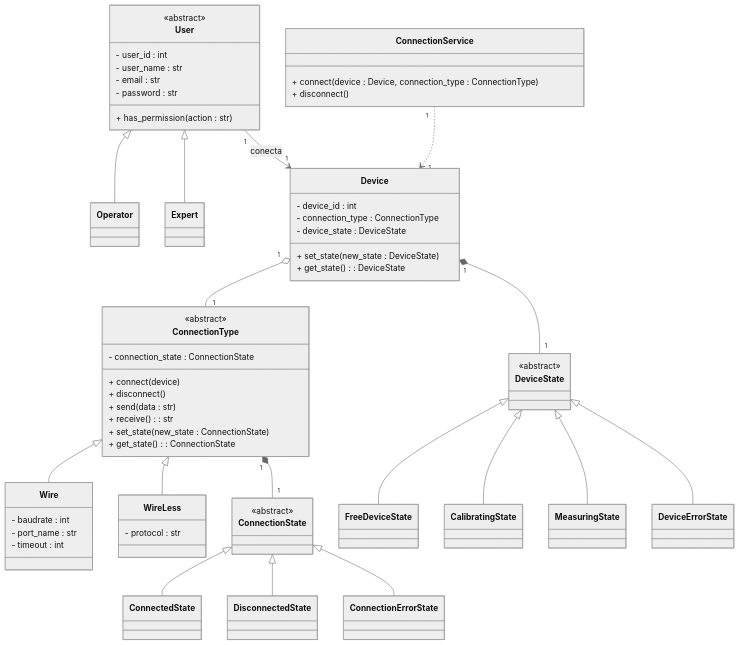
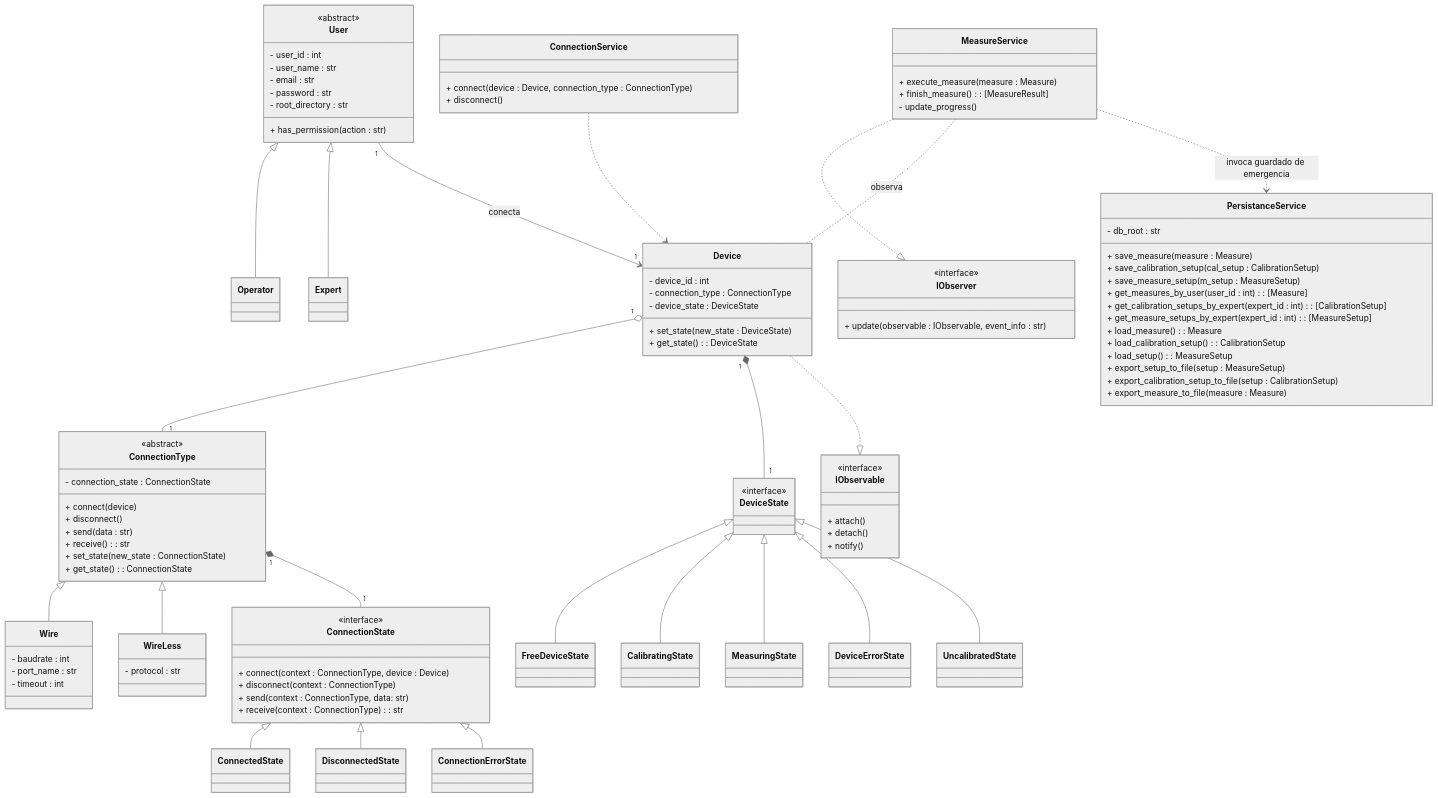
Before and after one commit to alegrelias/Repo-GMini: the second of 6 diagrams in Gmini-MarkDown/Clases Conceptuales.md, drawn with Mermaid (neutral theme). The commit also changed other lines of this file and 3 other files, not shown here.

````diff
--- a/Gmini-MarkDown/Clases Conceptuales.md
+++ b/Gmini-MarkDown/Clases Conceptuales.md
@@ -202,6 +243,7 @@
 DeviceState <|-- CalibratingState
 DeviceState <|-- MeasuringState
 DeviceState <|-- DeviceErrorState
+DeviceState <|-- UncalibratedState
 
 ConnectionState <|-- ConnectedState
 ConnectionState <|-- DisconnectedState
@@ -229,19 +271,19 @@
 }
 
 class User {
-        <<abstract>>
-        - user_id : int
-        - user_name : str
-        - email : str
-        - password : str
-        + has_permission(action : str)
-    }
-    
+	<<abstract>>
+	- user_id : int
+	- user_name : str
+	- email : str
+	- password : str
+	- root_directory : str
+	+ has_permission(action : str)
+}
+
 class Operator{
 
 }
 class Expert{
-
 }
 
 class Device{
@@ -252,25 +294,70 @@
 	+ get_state() : DeviceState
 }
 
-class ConnectionService{
-	+ connect(device : Device, connection_type : ConnectionType)
-	+ disconnect()
-}
+%% state patern
+	
+class ConnectionState{
+		<<interface>>
+		+ connect(context : ConnectionType, device : Device)
+		+ disconnect(context : ConnectionType)
+		+ send(context : ConnectionType, data: str)
+		+ receive(context : ConnectionType) : str
+	}
+class ConnectedState
+class DisconnectedState
+class ConnectionErrorState
 
 class DeviceState{
-		<<abstract>>
+		<<interface>>
 	}
 class FreeDeviceState
 class CalibratingState
 class MeasuringState
 class DeviceErrorState
-	
-class ConnectionState{
-		<<abstract>>
-	}
-class ConnectedState
-class DisconnectedState
-class ConnectionErrorState
+
+%% observer patern
+class IObserver{
+	<<interface>>
+	+ update(observable : IObservable, event_info : str)
+}
+
+class IObservable{
+	<<interface>>
+	+ attach()
+	+ detach()
+	+ notify()
+}
+
+%% servicios
+class MeasureService{
+	+ execute_measure(measure : Measure)
+	+ finish_measure() : [MeasureResult]
+	- update_progress()
+}
+class PersistanceService{
+	- db_root : str
+	  
+	%% operaciones en db
+	+ save_measure(measure : Measure)
+	+ save_calibration_setup(cal_setup : CalibrationSetup)
+	+ save_measure_setup(m_setup : MeasureSetup)
+	+ get_measures_by_user(user_id : int) : [Measure]
+	+ get_calibration_setups_by_expert(expert_id : int) : [CalibrationSetup]
+	+ get_measure_setups_by_expert(expert_id : int) : [MeasureSetup]
+	  
+	%% operaciones en archivos
+	+ load_measure() : Measure
+	+ load_calibration_setup() : CalibrationSetup
+	+ load_setup() : MeasureSetup
+	+ export_setup_to_file(setup : MeasureSetup)
+	+ export_calibration_setup_to_file(setup : CalibrationSetup)
+	+ export_measure_to_file(measure : Measure)
+}
+
+class ConnectionService{
+	+ connect(device : Device, connection_type : ConnectionType)
+	+ disconnect()
+}
 
 %% relaciones
 
@@ -278,8 +365,14 @@
 
 Device "1" o-- "1" ConnectionType
 Device "1" *-- "1" DeviceState
+Device ..|> IObservable
 
-ConnectionService "1" ..> "1" Device
+MeasureService ..|> IObserver
+MeasureService .. Device : observa
+MeasureService ..> PersistanceService : invoca guardado de emergencia
+
+
+ConnectionService ..>  Device
 
 ConnectionType "1" *-- "1" ConnectionState
 ```
````
